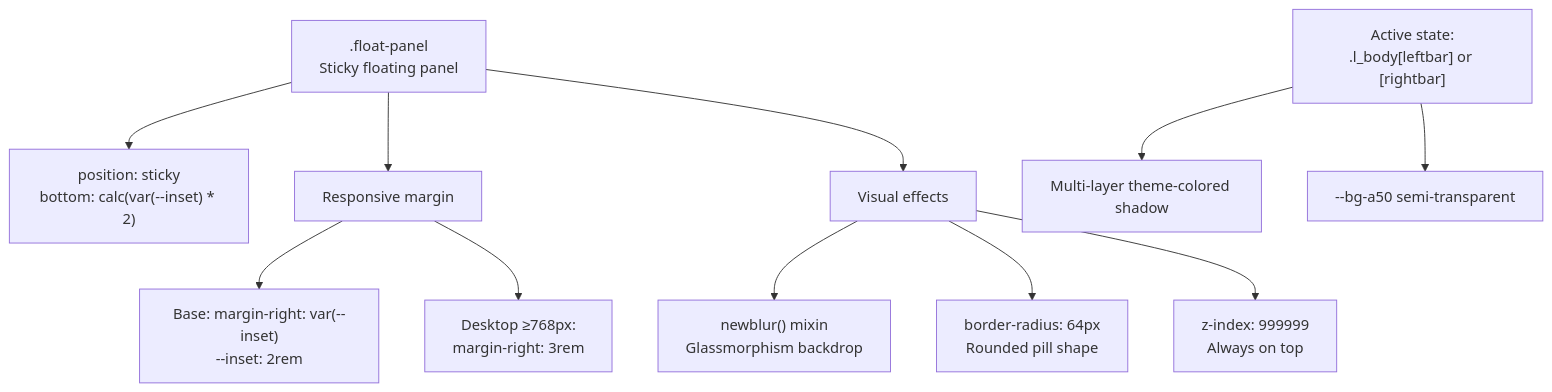
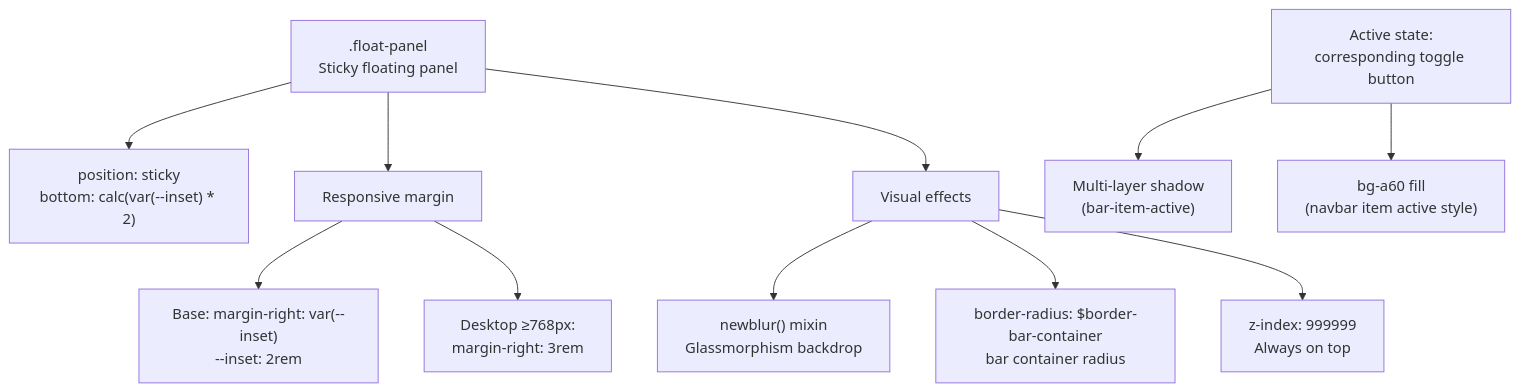
The third of 5 diagrams in themes/stellar/docs/knowledge/01-样式系统/responsive-design.md (penndu/hexo), drawn with Mermaid before and after one commit. The commit also changed other lines of this file and 61 other files, not shown here.

````diff
--- a/themes/stellar/docs/knowledge/01-样式系统/responsive-design.md
+++ b/themes/stellar/docs/knowledge/01-样式系统/responsive-design.md
@@ -168,18 +168,18 @@
 ```mermaid
 graph TB
     FloatPanel[".float-panel<br/>Sticky floating panel"]
     
     FloatPanel --> Position["position: sticky<br/>bottom: calc(var(--inset) * 2)"]
     FloatPanel --> Responsive["Responsive margin"]
     FloatPanel --> Visual["Visual effects"]
     
     Responsive --> MarginBase["Base: margin-right: var(--inset)<br/>--inset: 2rem"]
     Responsive --> MarginDesktop["Desktop ≥768px:<br/>margin-right: 3rem"]
     
     Visual --> Blur["newblur() mixin<br/>Glassmorphism backdrop"]
-    Visual --> Radius["border-radius: 64px<br/>Rounded pill shape"]
+    Visual --> Radius["border-radius: $border-bar-container<br/>bar container radius"]
     Visual --> ZIndex["z-index: 999999<br/>Always on top"]
     
-    StateActive["Active state:<br/>.l_body[leftbar] or [rightbar]"] --> Shadow["Multi-layer theme-colored shadow"]
-    StateActive --> Background["--bg-a50 semi-transparent"]
+    StateActive["Active state:<br/>corresponding toggle button"] --> Shadow["Multi-layer shadow<br/>(bar-item-active)"]
+    StateActive --> Background["bg-a60 fill<br/>(navbar item active style)"]
 ```
````
